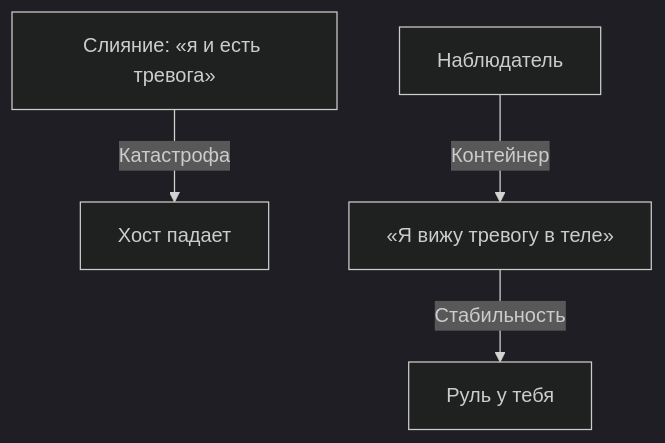
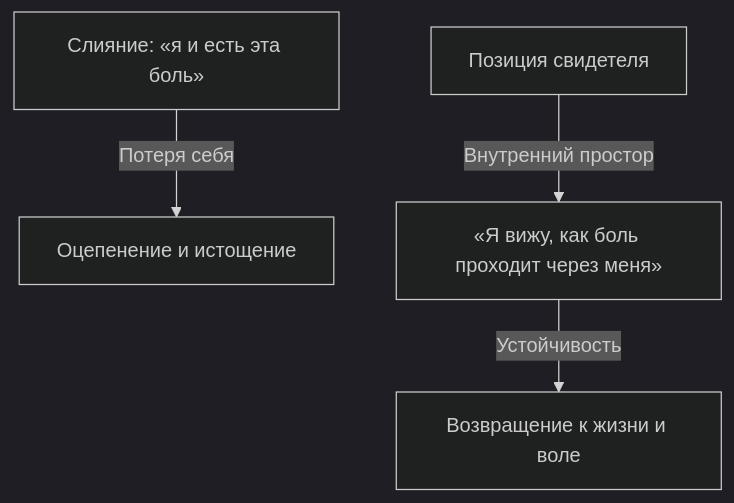
One commit to GTFB/threebooks changed the diagram in root/38-separate-from-process/ru.mdx. Above: the diagram before and after it, drawn with Mermaid (dark theme). The commit also changed other lines of this file and 40 other files, not shown here.

````diff
--- a/root/38-separate-from-process/ru.mdx
+++ b/root/38-separate-from-process/ru.mdx
@@ -27,6 +29,6 @@
 ```mermaid
 flowchart TB
-  A["Слияние: «я и есть тревога»"] -->|Катастрофа| B["Хост падает"]
-  C["Наблюдатель"] -->|Контейнер| D["«Я вижу тревогу в теле»"]
-  D -->|Стабильность| E["Руль у тебя"]
+  A["Слияние: «я и есть эта боль»"] -->|Потеря себя| B["Оцепенение и истощение"]
+  C["Позиция свидетеля"] -->|Внутренний простор| D["«Я вижу, как боль проходит через меня»"]
+  D -->|Устойчивость| E["Возвращение к жизни и воле"]
 ```
````
